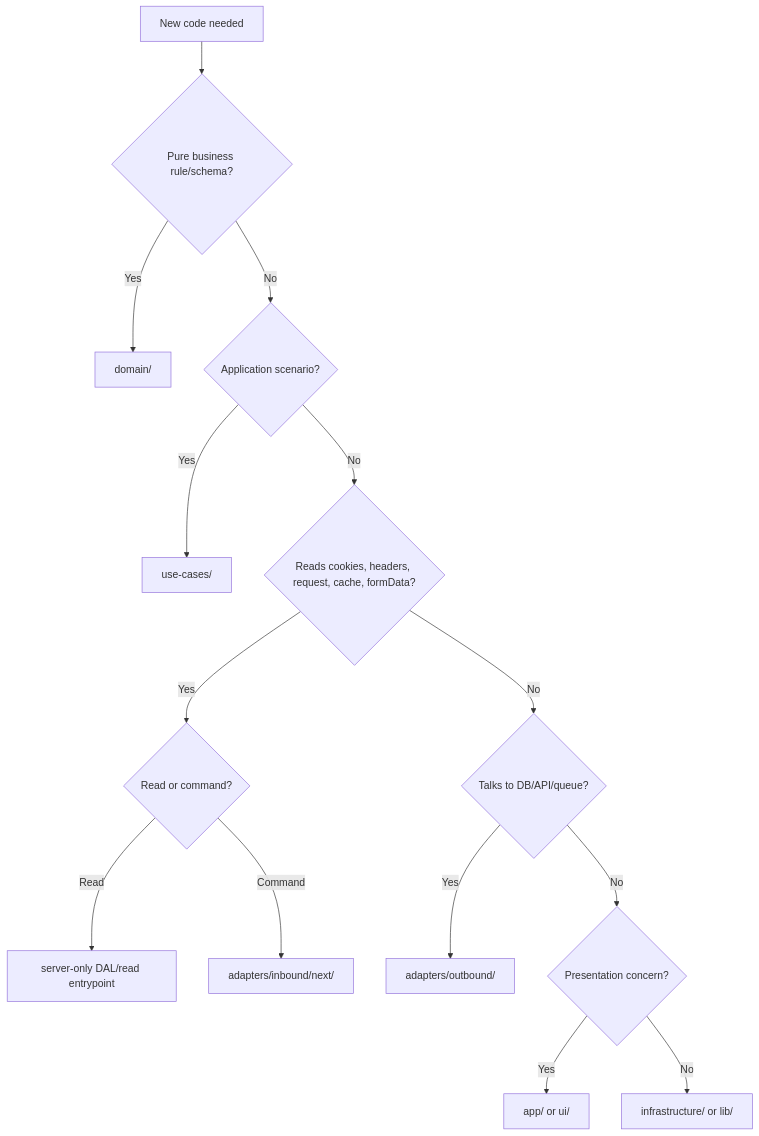
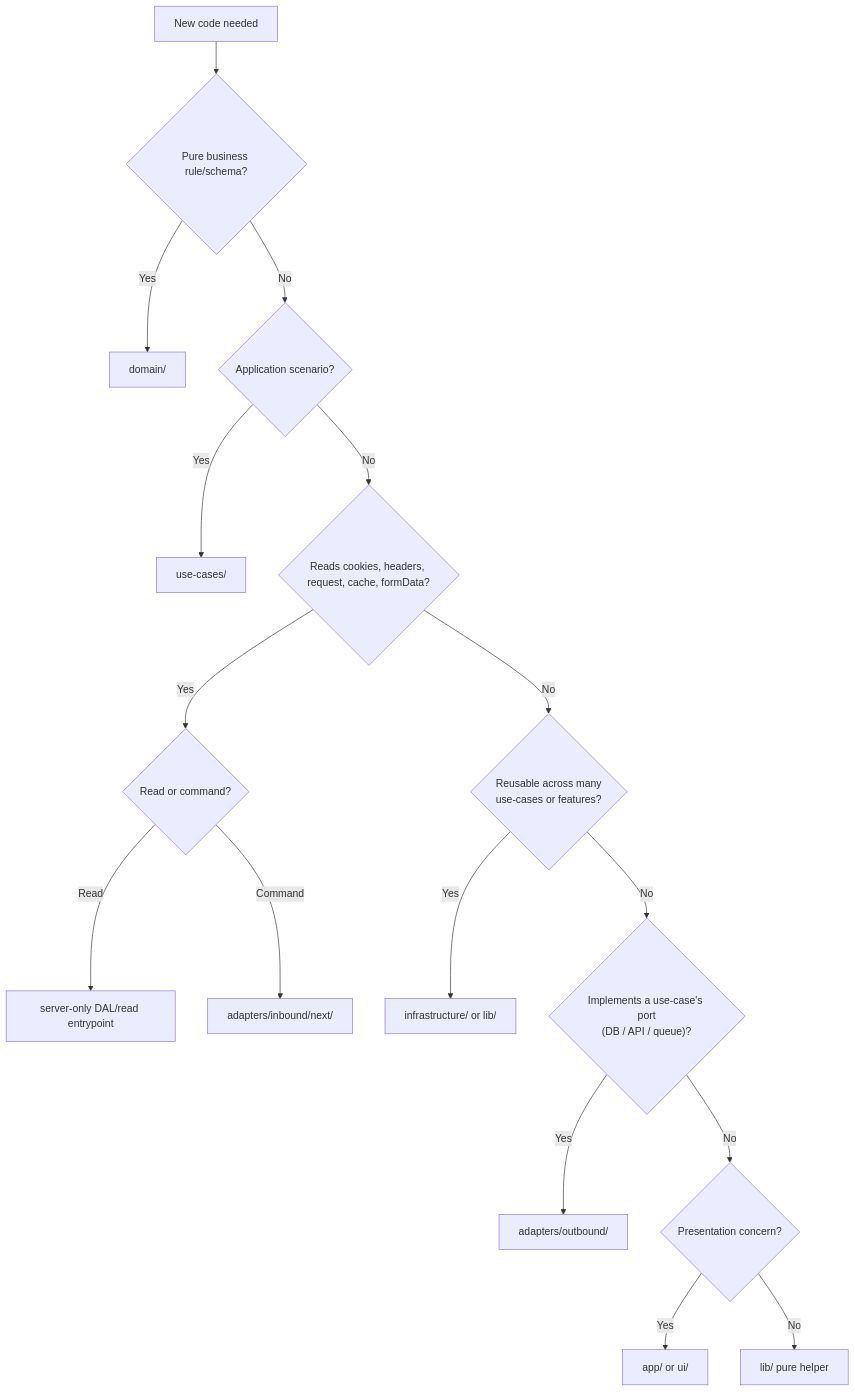
The second of 4 diagrams in docs/agent-decision-maps.md (clicktronix/nextjs-clean-skills), drawn with Mermaid before and after one commit. The commit also changed other lines of this file and 2 other files, not shown here.

````diff
--- a/docs/agent-decision-maps.md
+++ b/docs/agent-decision-maps.md
@@ -28,16 +28,18 @@
 ```mermaid
 flowchart TD
   Need["New code needed"] --> Pure{"Pure business rule/schema?"}
   Pure -->|Yes| Domain["domain/"]
   Pure -->|No| Scenario{"Application scenario?"}
   Scenario -->|Yes| UseCase["use-cases/"]
   Scenario -->|No| Framework{"Reads cookies, headers, request, cache, formData?"}
   Framework -->|Yes| InboundOrDAL{"Read or command?"}
   InboundOrDAL -->|Read| DAL["server-only DAL/read entrypoint"]
   InboundOrDAL -->|Command| Inbound["adapters/inbound/next/"]
-  Framework -->|No| Persistence{"Talks to DB/API/queue?"}
+  Framework -->|No| Reusable{"Reusable across many\nuse-cases or features?"}
+  Reusable -->|Yes| Infra["infrastructure/ or lib/"]
+  Reusable -->|No| Persistence{"Implements a use-case's port\n(DB / API / queue)?"}
   Persistence -->|Yes| Outbound["adapters/outbound/"]
   Persistence -->|No| Presentation{"Presentation concern?"}
   Presentation -->|Yes| UI["app/ or ui/"]
-  Presentation -->|No| Infra["infrastructure/ or lib/"]
+  Presentation -->|No| Helper["lib/ pure helper"]
 ```
````
